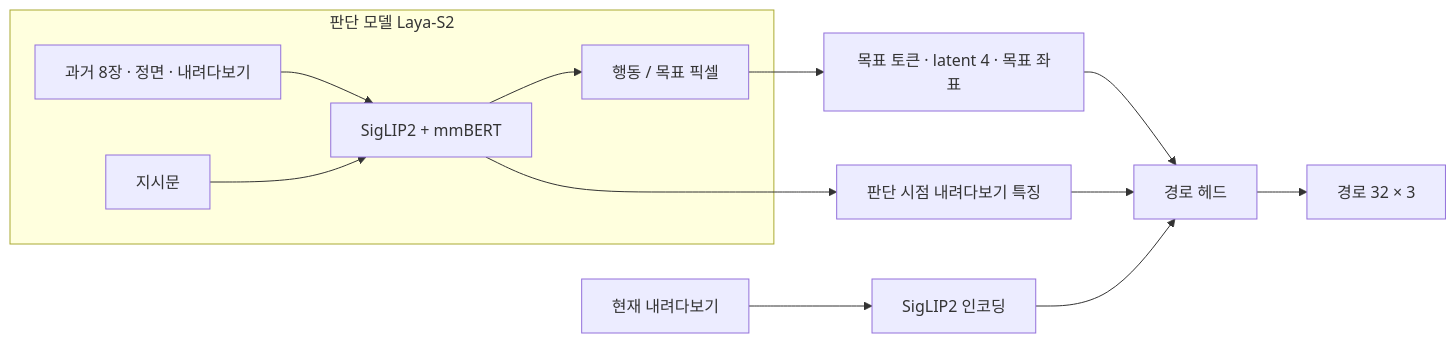
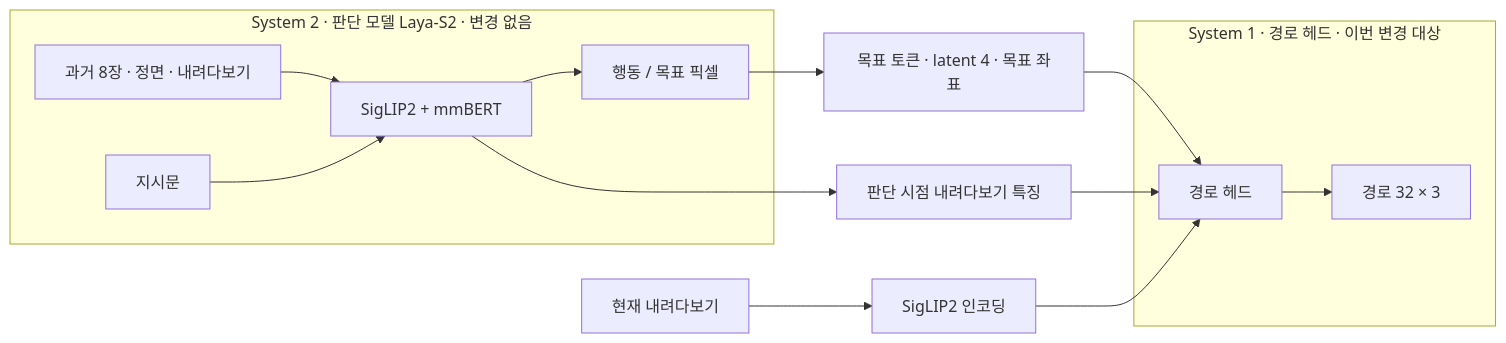
The first of 3 diagrams in docs/laya_nav/model_improvement/architecture.md (rvlab-univ/laya_Nav), drawn with Mermaid before and after one commit. The commit also changed other lines of this file and 3 other files, not shown here.

First line of the commit message:
docs: LayaNav improvements and limits after C2, labelled by System 1 / System 2

````diff
--- a/docs/laya_nav/model_improvement/architecture.md
+++ b/docs/laya_nav/model_improvement/architecture.md
@@ -7,15 +10,17 @@
 ```mermaid
 flowchart LR
-    subgraph S2[판단 모델 Laya-S2]
+    subgraph S2[System 2 · 판단 모델 Laya-S2 · 변경 없음]
         IMG[과거 8장 · 정면 · 내려다보기] --> ENC[SigLIP2 + mmBERT]
         INS[지시문] --> ENC
         ENC --> DEC[행동 / 목표 픽셀]
     end
     DEC --> GT[목표 토큰 · latent 4 · 목표 좌표]
     ENC --> GF[판단 시점 내려다보기 특징]
     CUR[현재 내려다보기] --> CF[SigLIP2 인코딩]
-    GT --> HEAD[경로 헤드]
+    subgraph S1[System 1 · 경로 헤드 · 이번 변경 대상]
+        HEAD[경로 헤드] --> TRAJ[경로 32 × 3]
+    end
+    GT --> HEAD
     GF --> HEAD
     CF --> HEAD
-    HEAD --> TRAJ[경로 32 × 3]
 ```
````
